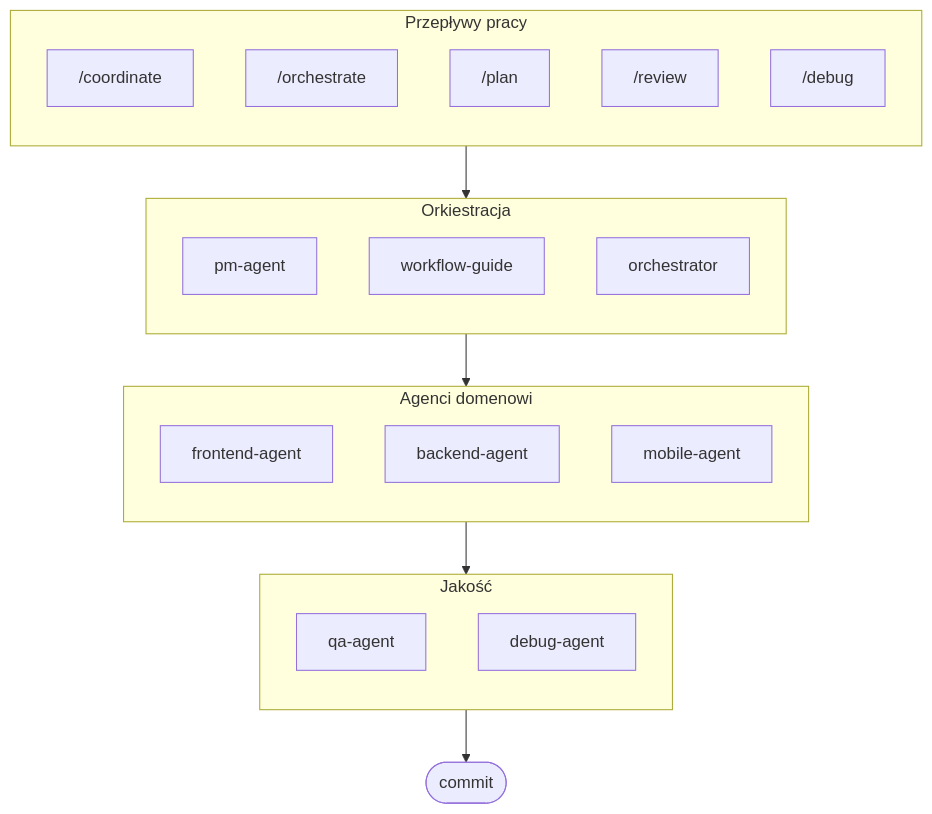
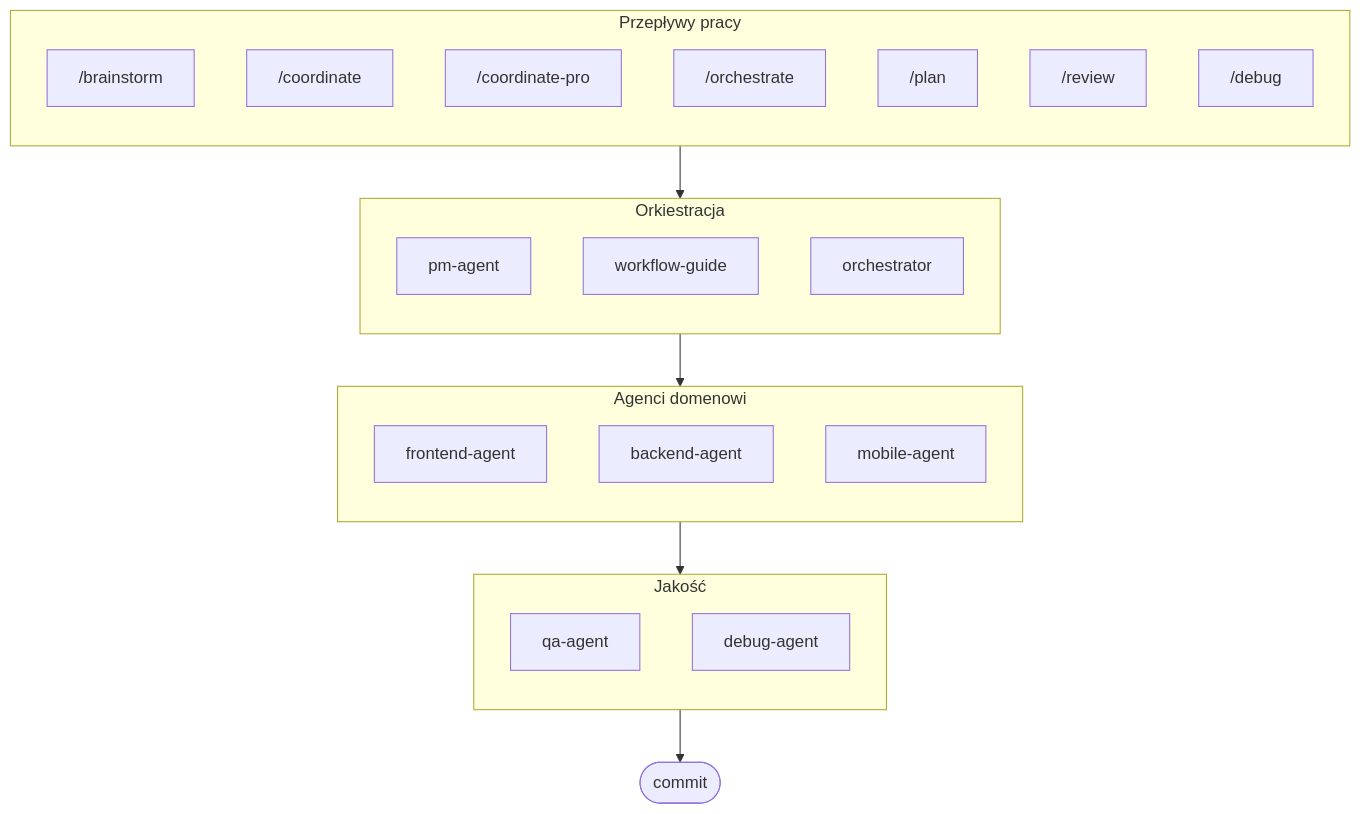
One commit to h0130jk2-heo/oh-my-agent-ev changed the diagram in docs/README.pl.md. Above: the diagram before and after it, drawn with Mermaid. The commit also changed other lines of this file and 11 other files, not shown here.

First line of the commit message:
docs: add brainstorm and coordinate-pro to all README files

````diff
--- a/docs/README.pl.md
+++ b/docs/README.pl.md
@@ -27,36 +27,38 @@
 ```mermaid
 flowchart TD
     subgraph Workflows["Przepływy pracy"]
         direction TB
+        W0["/brainstorm"]
         W1["/coordinate"]
+        W1b["/coordinate-pro"]
         W2["/orchestrate"]
         W3["/plan"]
         W4["/review"]
         W5["/debug"]
     end
 
     subgraph Orchestration["Orkiestracja"]
         direction TB
         PM[pm-agent]
         WF[workflow-guide]
         ORC[orchestrator]
     end
 
     subgraph Domain["Agenci domenowi"]
         direction TB
         FE[frontend-agent]
         BE[backend-agent]
         MB[mobile-agent]
     end
 
     subgraph Quality["Jakość"]
         direction TB
         QA[qa-agent]
         DBG[debug-agent]
     end
 
     Workflows --> Orchestration
     Orchestration --> Domain
     Domain --> Quality
     Quality --> CMT([commit])
 ```
````
